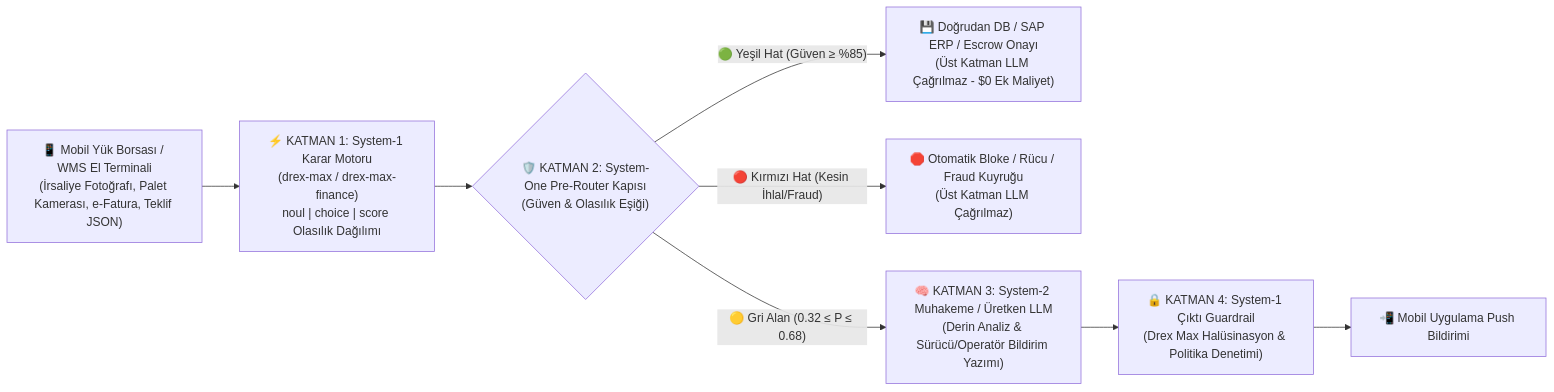
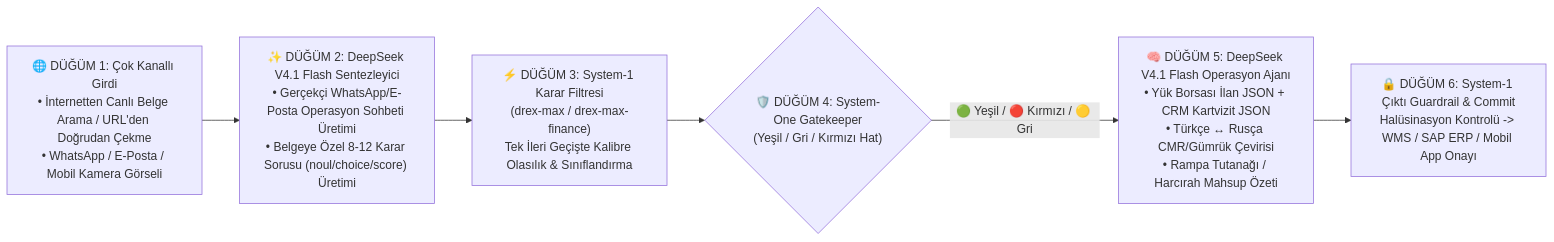
Before and after one commit to osmanaktas/logi-playground: the diagram in README.md, drawn with Mermaid. The commit also changed other lines of this file and 2 other files, not shown here.

Commit message:
feat: redesign README and UI around Dynamic Logistics Flow & Diagram Studio, direct web URL document ingestion, and DeepSeek V4.1 Flash chat/question synthesis

````diff
--- a/README.md
+++ b/README.md
@@ -178,10 +22,8 @@
 ```mermaid
 flowchart LR
-    A["📱 Mobil Yük Borsası / WMS El Terminali\n(İrsaliye Fotoğrafı, Palet Kamerası, e-Fatura, Teklif JSON)"] --> B["⚡ KATMAN 1: System-1 Karar Motoru\n(drex-max / drex-max-finance)\nnoul | choice | score Olasılık Dağılımı"]
-    B --> C{"🛡️ KATMAN 2: System-One Pre-Router Kapısı\n(Güven & Olasılık Eşiği)"}
-    C -- "🟢 Yeşil Hat (Güven ≥ %85)" --> D["💾 Doğrudan DB / SAP ERP / Escrow Onayı\n(Üst Katman LLM Çağrılmaz - $0 Ek Maliyet)"]
-    C -- "🔴 Kırmızı Hat (Kesin İhlal/Fraud)" --> E["🛑 Otomatik Bloke / Rücu / Fraud Kuyruğu\n(Üst Katman LLM Çağrılmaz)"]
-    C -- "🟡 Gri Alan (0.32 ≤ P ≤ 0.68)" --> F["🧠 KATMAN 3: System-2 Muhakeme / Üretken LLM\n(Derin Analiz & Sürücü/Operatör Bildirim Yazımı)"]
-    F --> G["🔒 KATMAN 4: System-1 Çıktı Guardrail\n(Drex Max Halüsinasyon & Politika Denetimi)"]
-    G --> H["📲 Mobil Uygulama Push Bildirimi"]
+    N1["🌐 DÜĞÜM 1: Çok Kanallı Girdi\n• İnternetten Canlı Belge Arama / URL'den Doğrudan Çekme\n• WhatsApp / E-Posta / Mobil Kamera Görseli"] --> N2["✨ DÜĞÜM 2: DeepSeek V4.1 Flash Sentezleyici\n• Gerçekçi WhatsApp/E-Posta Operasyon Sohbeti Üretimi\n• Belgeye Özel 8-12 Karar Sorusu (noul/choice/score) Üretimi"]
+    N2 --> N3["⚡ DÜĞÜM 3: System-1 Karar Filtresi\n(drex-max / drex-max-finance)\nTek İleri Geçişte Kalibre Olasılık & Sınıflandırma"]
+    N3 --> N4{"🛡️ DÜĞÜM 4: System-One Gatekeeper\n(Yeşil / Gri / Kırmızı Hat)"}
+    N4 -- "🟢 Yeşil / 🔴 Kırmızı / 🟡 Gri" --> N5["🧠 DÜĞÜM 5: DeepSeek V4.1 Flash Operasyon Ajanı\n• Yük Borsası İlan JSON + CRM Kartvizit JSON\n• Türkçe ↔ Rusça CMR/Gümrük Çevirisi\n• Rampa Tutanağı / Harcırah Mahsup Özeti"]
+    N5 --> N6["🔒 DÜĞÜM 6: System-1 Çıktı Guardrail & Commit\nHalüsinasyon Kontrolü -> WMS / SAP ERP / Mobil App Onayı"]
 ```
````
